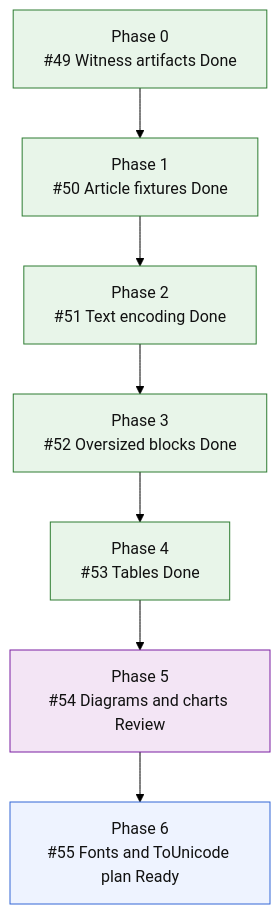
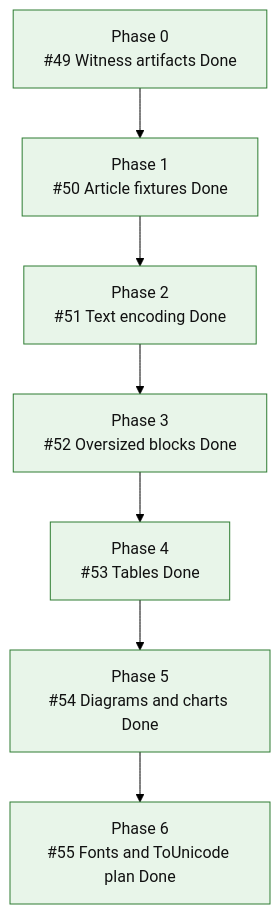
One commit to mihaelamj/MarkdownPDF changed the second of 2 diagrams in README.md. Above: the diagram before and after it, drawn with Mermaid (forest theme). The commit also changed 4 other files, not shown here.

````diff
--- a/README.md
+++ b/README.md
@@ -212,23 +212,22 @@
 ```mermaid
 flowchart TD
     F0["Phase 0<br/>#49 Witness artifacts Done"]
     F1["Phase 1<br/>#50 Article fixtures Done"]
     F2["Phase 2<br/>#51 Text encoding Done"]
     F3["Phase 3<br/>#52 Oversized blocks Done"]
     F4["Phase 4<br/>#53 Tables Done"]
-    F5["Phase 5<br/>#54 Diagrams and charts Review"]
-    F6["Phase 6<br/>#55 Fonts and ToUnicode plan Ready"]
+    F5["Phase 5<br/>#54 Diagrams and charts Done"]
+    F6["Phase 6<br/>#55 Fonts and ToUnicode plan Done"]
 
     F0 --> F1 --> F2 --> F3 --> F4 --> F5 --> F6
 
     classDef done fill:#e8f5e9,stroke:#2e7d32,color:#111;
     classDef active fill:#e3f2fd,stroke:#1565c0,color:#111;
     classDef review fill:#f3e5f5,stroke:#7b1fa2,color:#111;
     classDef next fill:#fff8e1,stroke:#f9a825,color:#111;
     classDef todo fill:#eef3ff,stroke:#3367d6,color:#111;
     class F0,F1 done;
     class F2 done;
-    class F3,F4 done;
-    class F5 review;
-    class F6 todo;
+    class F3,F4,F5 done;
+    class F6 done;
 ```
````
